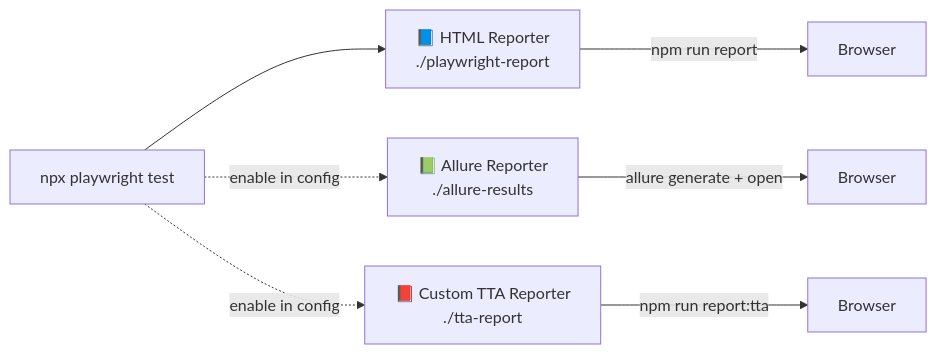
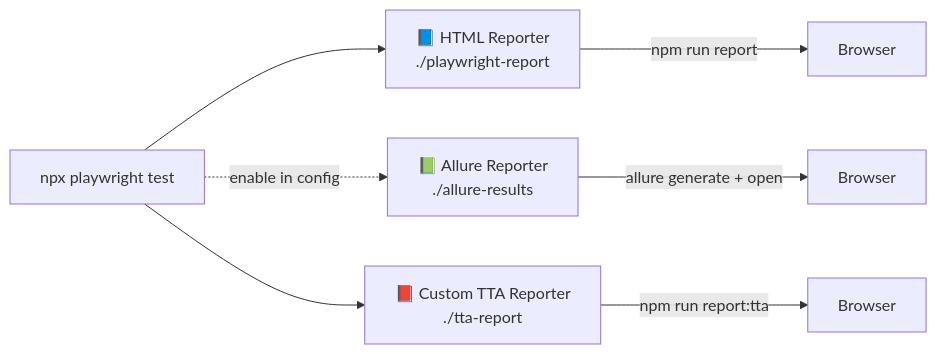
One commit to PramodDutta/LearningPlaywrightFundamentals changed diagram 27 of 30 in README.md. Above: the diagram before and after it, drawn with Mermaid. The commit also changed other lines of this file and 8 other files, not shown here.

Commit message:
feat(ttacart): add env-driven e2e flow

````diff
--- a/README.md
+++ b/README.md
@@ -1420,9 +1467,9 @@
 ```mermaid
 flowchart LR
     T[npx playwright test] --> R1[📘 HTML Reporter<br/>./playwright-report]
     T -.enable in config.-> R2[📗 Allure Reporter<br/>./allure-results]
-    T -.enable in config.-> R3[📕 Custom TTA Reporter<br/>./tta-report]
+    T --> R3[📕 Custom TTA Reporter<br/>./tta-report]
     R1 -->|npm run report| V1[Browser]
     R2 -->|allure generate + open| V2[Browser]
     R3 -->|npm run report:tta| V3[Browser]
 ```
````
